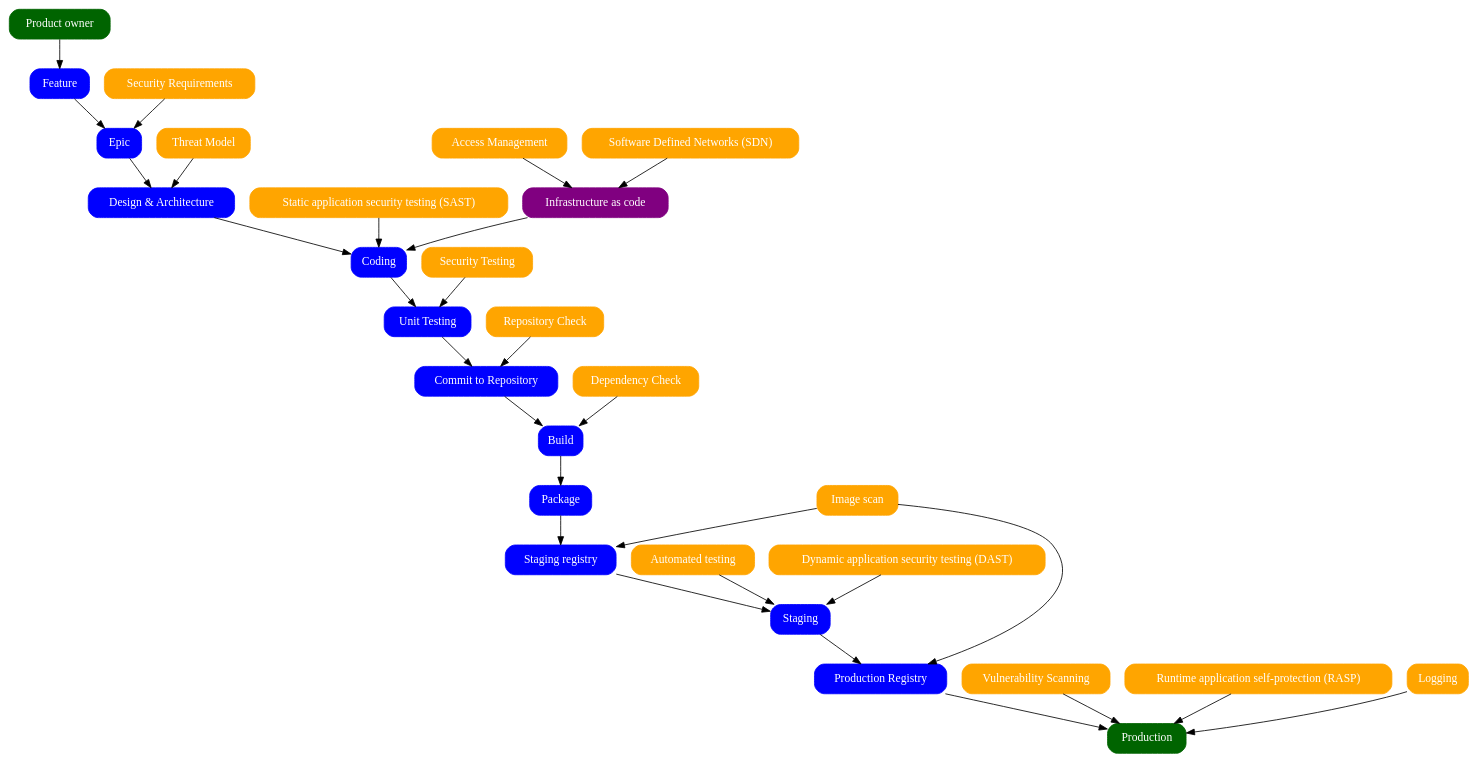
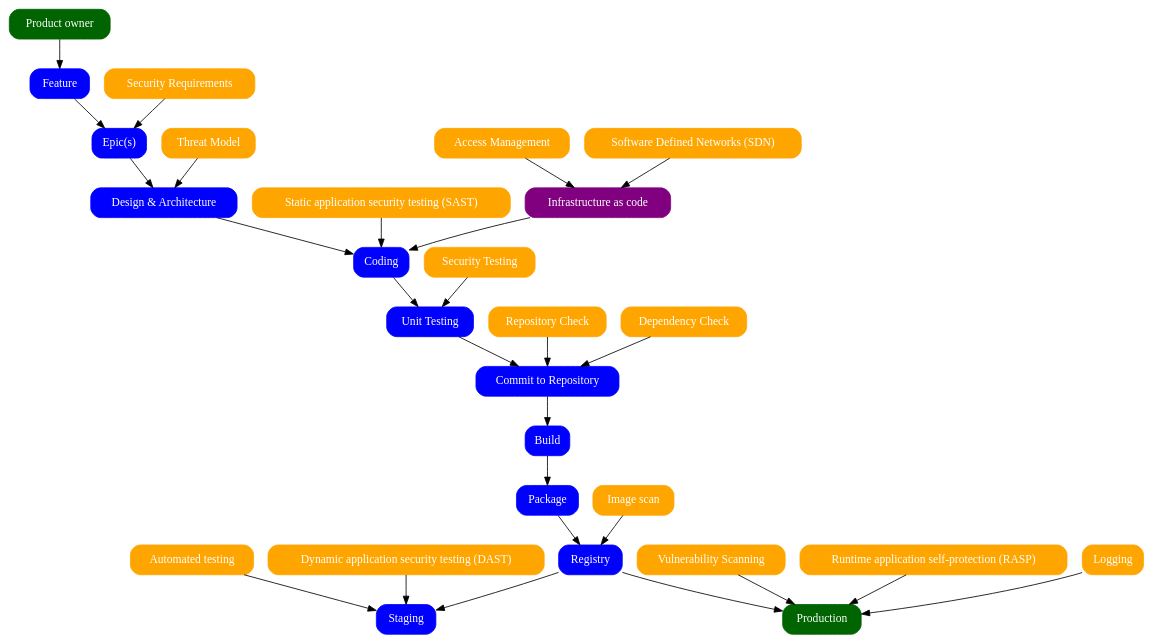
Before and after one commit to dstergiou/workflow: the diagram in AppSec.dot, drawn with Graphviz.

Commit message:
After review with Per

```diff
--- a/AppSec.dot
+++ b/AppSec.dot
@@ -19,7 +19,7 @@
         style="rounded,filled", 
         color=blue, 
         fontcolor=white,
-        label="Epic";
+        label="Epic(s)";
     ]
     security_requirements[
         shape=box, 
@@ -126,12 +126,12 @@
         fontcolor=white,
         label="Package";
     ]
-    staging_registry[
+    registry[
         shape=box, 
         style="rounded,filled", 
         color=blue, 
         fontcolor=white,
-        label="Staging registry";
+        label="Registry";
     ]
     image_scan[
         shape=box, 
@@ -160,13 +160,6 @@
         color=orange, 
         fontcolor=white,
         label="Dynamic application security testing (DAST)";
-    ]
-    production_registry[
-        shape=box, 
-        style="rounded,filled", 
-        color=blue, 
-        fontcolor=white,
-        label="Production Registry";
     ]
     production[
         shape=box, 
@@ -211,16 +204,14 @@
     unit_testing -> commit
     repository_check -> commit
     commit -> build
-    dependency_check -> build
+    dependency_check -> commit
     build -> package
-    package -> staging_registry
-    image_scan -> staging_registry
-    staging_registry -> staging
+    package -> registry
+    image_scan -> registry
+    registry -> staging
     automated_tests -> staging
     dast -> staging
-    staging -> production_registry
-    image_scan -> production_registry
-    production_registry -> production
+    registry -> production
     vulnerability_scanning -> production
     rasp -> production
     logging -> production
```
